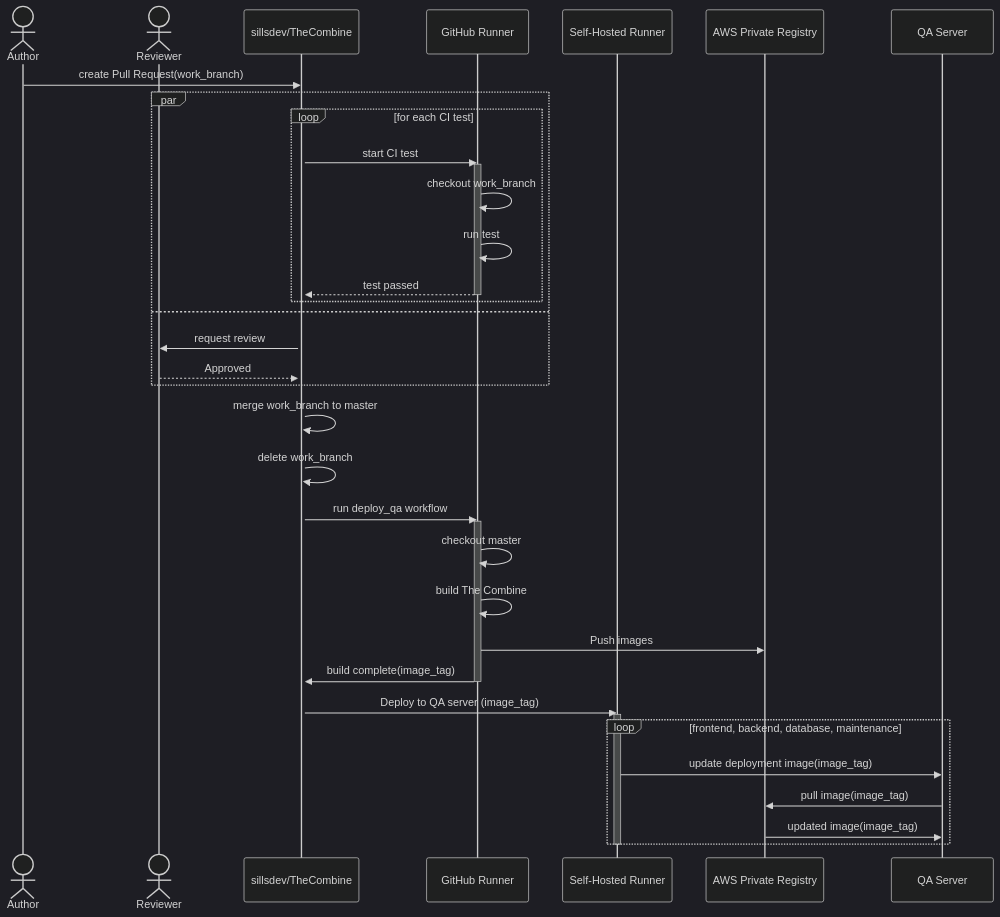
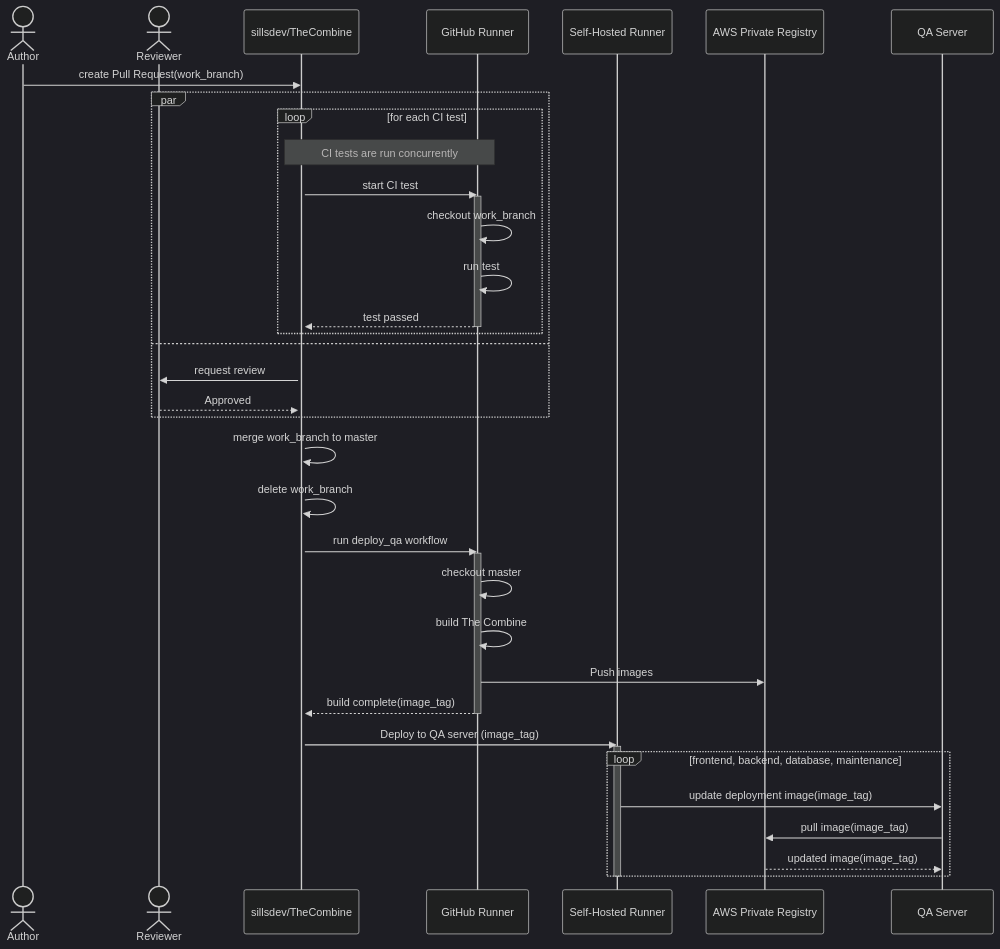
The first of 2 diagrams in README.md (sillsdev/TheCombine), drawn with Mermaid (dark theme) before and after one commit. The commit also changed other lines of this file, not shown here.

Commit message:
Update CI/CD sequence diagrams

````diff
--- a/README.md
+++ b/README.md
@@ -968,42 +968,43 @@
 ```mermaid
 sequenceDiagram
    actor Author
    actor Reviewer
    participant github as sillsdev/TheCombine
    participant gh_runner as GitHub Runner
    participant sh_runner as Self-Hosted Runner
    participant reg as AWS Private Registry
    participant server as QA Server
    Author ->> github: create Pull Request(work_branch)
    activate github
    par
       loop for each CI test
-         github ->> gh_runner: start CI test
+        Note over github,gh_runner: CI tests are run concurrently
+        github ->> gh_runner: start CI test
          activate gh_runner
             gh_runner ->> gh_runner: checkout work_branch
             gh_runner ->> gh_runner: run test
             gh_runner -->> github: test passed
          deactivate gh_runner
       end
    and
       github ->> Reviewer: request review
       Reviewer -->> github: Approved
    end
    github ->> github: merge work_branch to master
    github ->> github: delete work_branch
    github ->> gh_runner: run deploy_qa workflow
    activate gh_runner
    gh_runner ->> gh_runner: checkout master
    gh_runner ->> gh_runner: build The Combine
    gh_runner ->> reg: Push images
-   gh_runner ->> github: build complete(image_tag)
+   gh_runner -->> github: build complete(image_tag)
    deactivate gh_runner
    github ->> sh_runner: Deploy to QA server (image_tag)
    activate sh_runner
    loop frontend, backend, database, maintenance
       sh_runner ->> server: update deployment image(image_tag)
       server ->> reg: pull image(image_tag)
-      reg ->> server: updated image(image_tag)
+      reg -->> server: updated image(image_tag)
    end
    deactivate sh_runner
 ```
````
